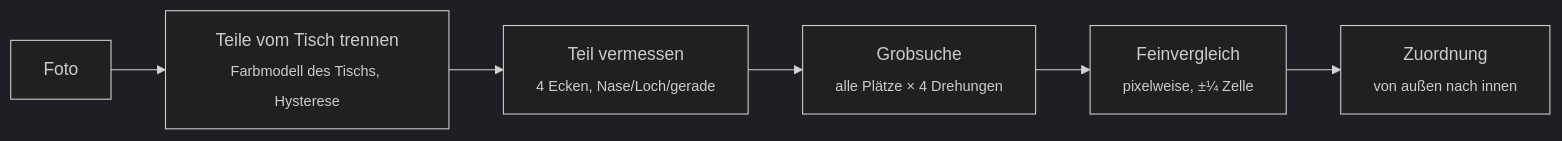
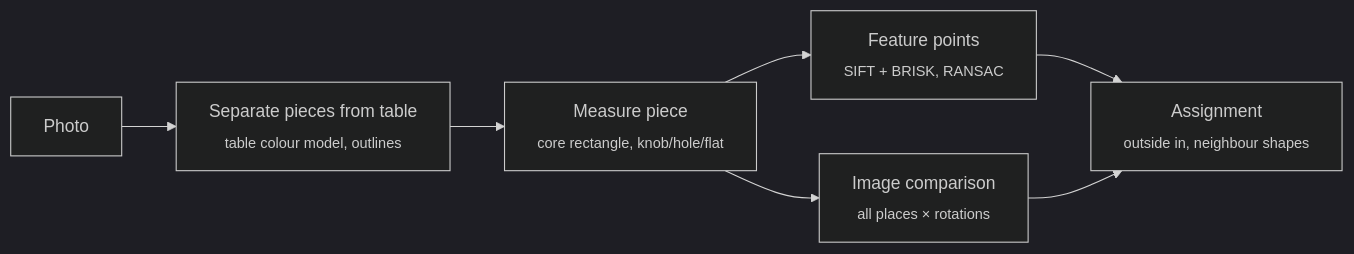
One commit to michaelkrisper/puzzlehelfer changed the diagram in README.md. Above: the diagram before and after it, drawn with Mermaid (dark theme). The commit also changed other lines of this file and 14 other files, not shown here.

````diff
--- a/README.md
+++ b/README.md
@@ -43,8 +46,9 @@
 ```mermaid
 flowchart LR
-  A[Foto] --> B[Teile vom Tisch trennen<br><sub>Farbmodell des Tischs, Hysterese</sub>]
-  B --> C[Teil vermessen<br><sub>4 Ecken, Nase/Loch/gerade</sub>]
-  C --> D[Grobsuche<br><sub>alle Plätze × 4 Drehungen</sub>]
-  D --> E[Feinvergleich<br><sub>pixelweise, ±¼ Zelle</sub>]
-  E --> F[Zuordnung<br><sub>von außen nach innen</sub>]
+  A[Photo] --> B[Separate pieces from table<br><sub>table colour model, outlines</sub>]
+  B --> C[Measure piece<br><sub>core rectangle, knob/hole/flat</sub>]
+  C --> D[Feature points<br><sub>SIFT + BRISK, RANSAC</sub>]
+  C --> E[Image comparison<br><sub>all places × rotations</sub>]
+  D --> F[Assignment<br><sub>outside in, neighbour shapes</sub>]
+  E --> F
 ```
````
